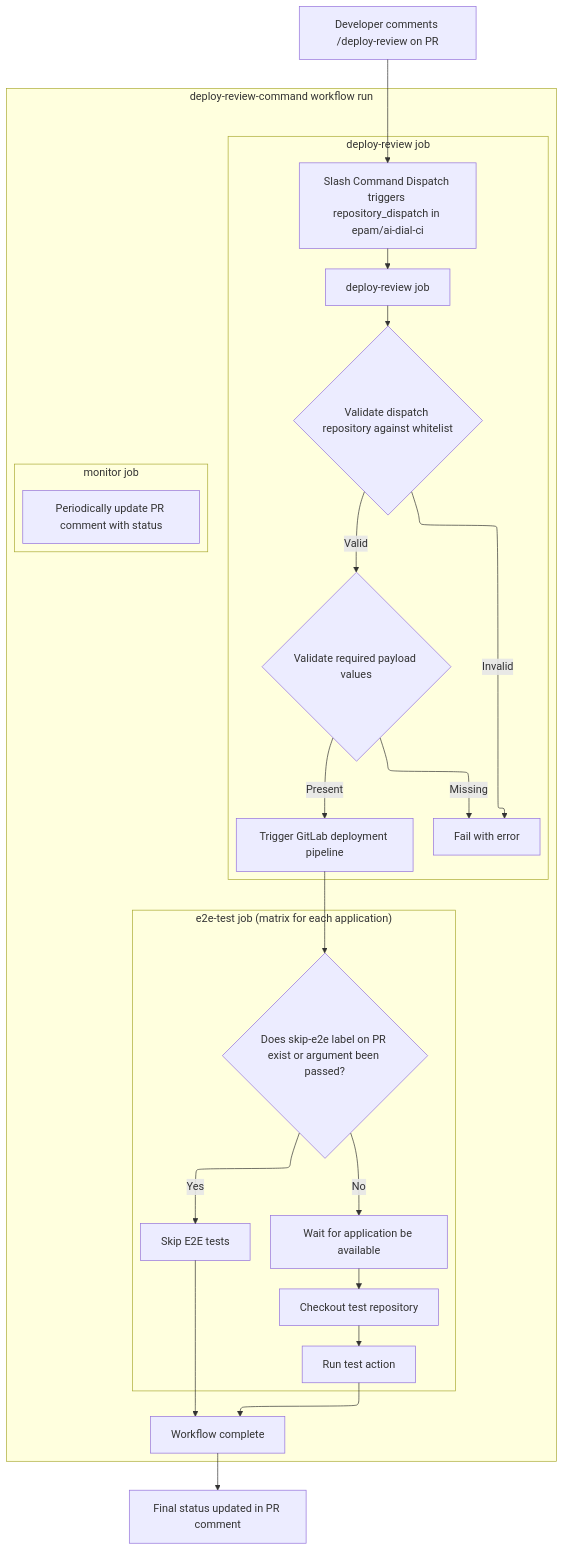
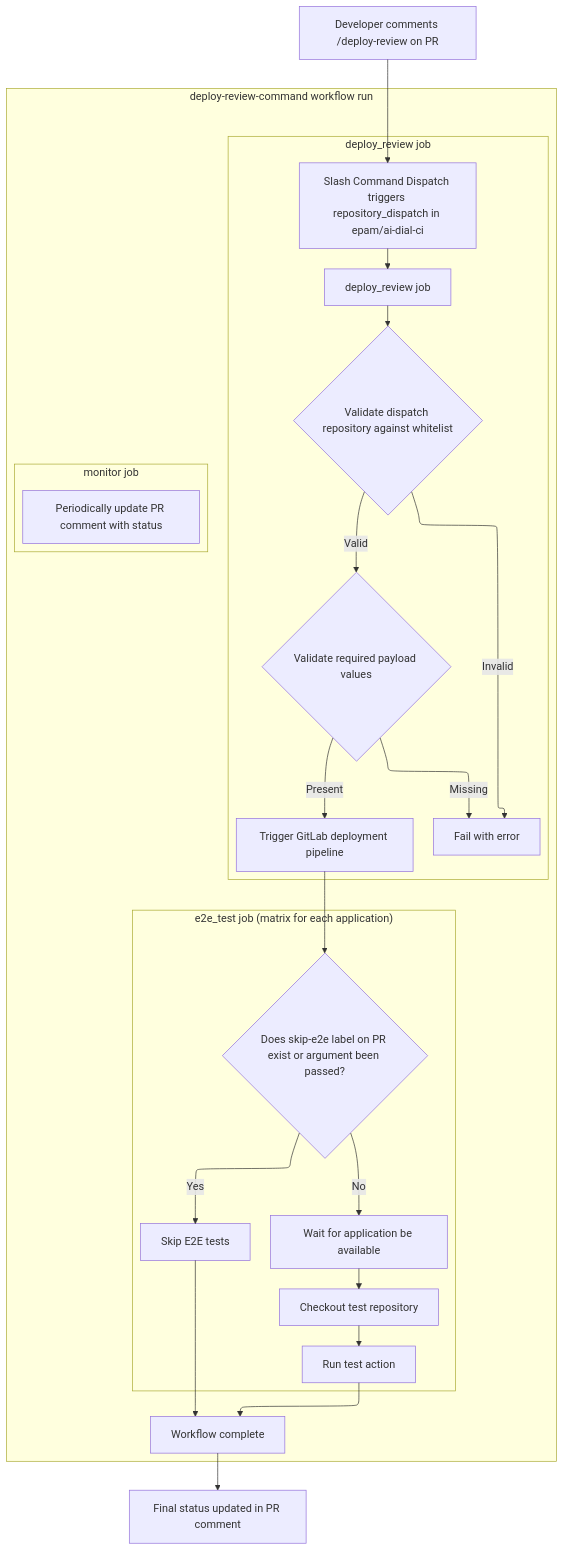
Before and after one commit to epam/ai-dial-ci: the diagram in README.md, drawn with Mermaid. The commit also changed 30 other files, not shown here.

````diff
--- a/README.md
+++ b/README.md
@@ -356,32 +356,32 @@
 ```mermaid
 flowchart-elk TD
     A[Developer comments /deploy-review on PR] --> B[Slash Command Dispatch triggers repository_dispatch in epam/ai-dial-ci]
 
     subgraph workflow["deploy-review-command workflow run"]
-        subgraph deploy["deploy-review job"]
-            B --> C[deploy-review job]
+        subgraph deploy["deploy_review job"]
+            B --> C[deploy_review job]
             C --> D{Validate dispatch repository against whitelist}
             D -->|Invalid| E[Fail with error]
             D -->|Valid| F{Validate required payload values}
             F -->|Missing| E
             F -->|Present| G[Trigger GitLab deployment pipeline]
         end
 
-        subgraph e2e["e2e-test job (matrix for each application)"]
+        subgraph e2e["e2e_test job (matrix for each application)"]
             G --> I{Does skip-e2e label on PR exist or argument been passed?}
             I -->|Yes| J[Skip E2E tests]
             I -->|No| K[Wait for application be available]
             K --> L[Checkout test repository]
             L --> M[Run test action]
         end
 
         subgraph monitor["monitor job"]
             O[Periodically update PR comment with status]
         end
 
         M --> Q[Workflow complete]
         J --> Q
     end
 
     Q --> R[Final status updated in PR comment]
 ```
````
